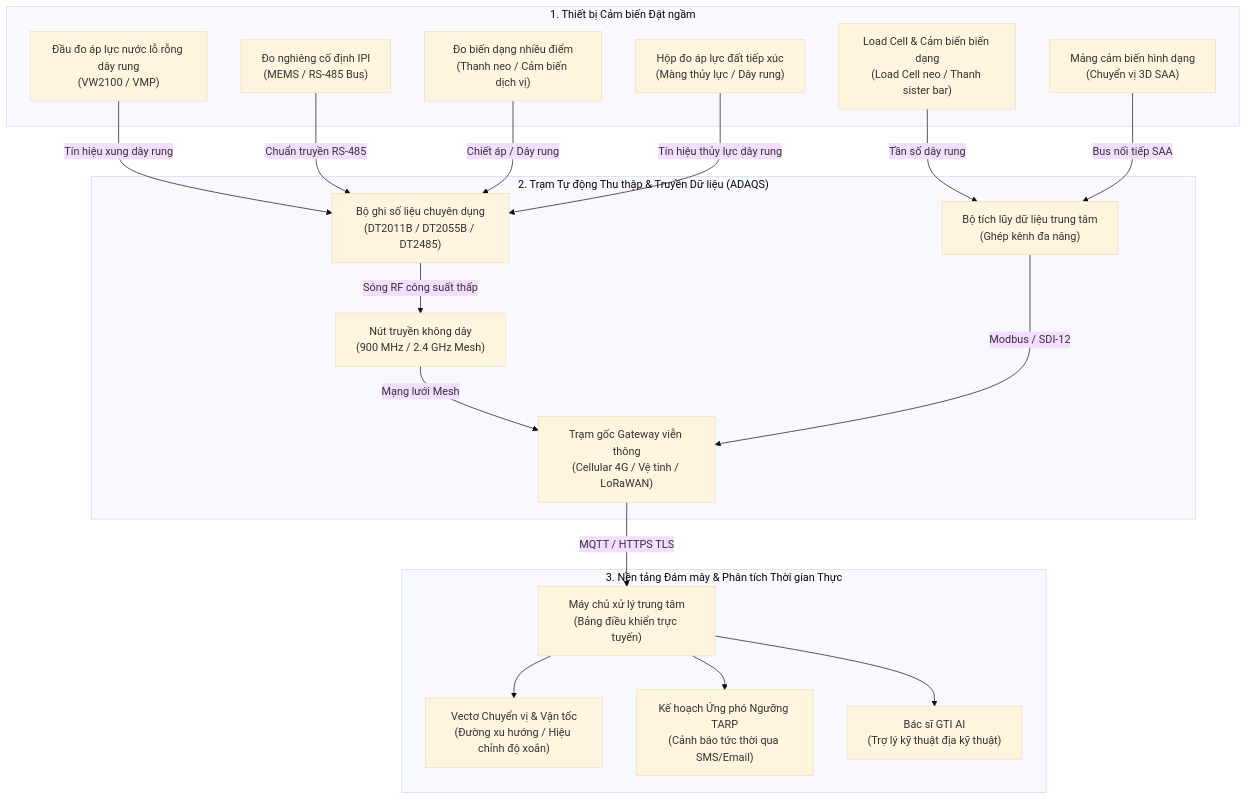
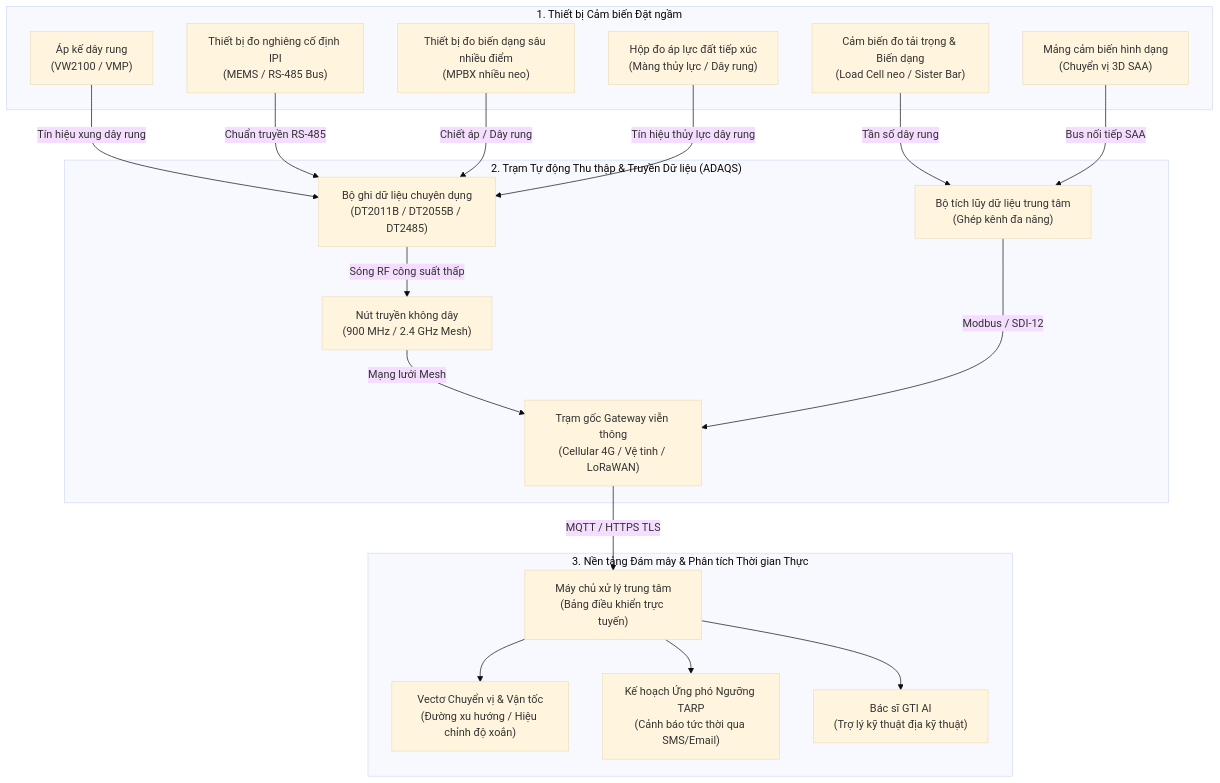
The diagram in docs/vi/visualizer.md (geoinst/geoinst.github.io), drawn with Mermaid (base theme) before and after one commit. The commit also changed other lines of this file and 21 other files, not shown here.

````diff
--- a/docs/vi/visualizer.md
+++ b/docs/vi/visualizer.md
@@ -477,41 +477,41 @@
 ```mermaid
 graph TD
     subgraph Subsurface_Sensors["1. Thiết bị Cảm biến Đặt ngầm"]
-        VWP["Đầu đo áp lực nước lỗ rỗng dây rung<br/>(VW2100 / VMP)"]
-        IPI["Đo nghiêng cố định IPI<br/>(MEMS / RS-485 Bus)"]
-        MPBX["Đo biến dạng nhiều điểm<br/>(Thanh neo / Cảm biến dịch vị)"]
-        LC["Load Cell & Cảm biến biến dạng<br/>(Load Cell neo / Thanh sister bar)"]
+        VWP["Áp kế dây rung<br/>(VW2100 / VMP)"]
+        IPI["Thiết bị đo nghiêng cố định IPI<br/>(MEMS / RS-485 Bus)"]
+        MPBX["Thiết bị đo biến dạng sâu nhiều điểm<br/>(MPBX nhiều neo)"]
+        LC["Cảm biến đo tải trọng & Biến dạng<br/>(Load Cell neo / Sister Bar)"]
         SAA["Mảng cảm biến hình dạng<br/>(Chuyển vị 3D SAA)"]
         EPC["Hộp đo áp lực đất tiếp xúc<br/>(Màng thủy lực / Dây rung)"]
     end
 
     subgraph Field_Logging_Telemetry["2. Trạm Tự động Thu thập & Truyền Dữ liệu (ADAQS)"]
-        DT["Bộ ghi số liệu chuyên dụng<br/>(DT2011B / DT2055B / DT2485)"]
+        DT["Bộ ghi dữ liệu chuyên dụng<br/>(DT2011B / DT2055B / DT2485)"]
         L900["Nút truyền không dây<br/>(900 MHz / 2.4 GHz Mesh)"]
         CR6["Bộ tích lũy dữ liệu trung tâm<br/>(Ghép kênh đa năng)"]
         HUB["Trạm gốc Gateway viễn thông<br/>(Cellular 4G / Vệ tinh / LoRaWAN)"]
     end
 
     subgraph Cloud_Intelligence["3. Nền tảng Đám mây & Phân tích Thời gian Thực"]
         GEO["Máy chủ xử lý trung tâm<br/>(Bảng điều khiển trực tuyến)"]
         CALC["Vectơ Chuyển vị & Vận tốc<br/>(Đường xu hướng / Hiệu chỉnh độ xoắn)"]
         TARP["Kế hoạch Ứng phó Ngưỡng TARP<br/>(Cảnh báo tức thời qua SMS/Email)"]
         GTI["Bác sĩ GTI AI<br/>(Trợ lý kỹ thuật địa kỹ thuật)"]
     end
 
     VWP -->|Tín hiệu xung dây rung| DT
     IPI -->|Chuẩn truyền RS-485| DT
     MPBX -->|Chiết áp / Dây rung| DT
     LC -->|Tần số dây rung| CR6
     SAA -->|Bus nối tiếp SAA| CR6
     EPC -->|Tín hiệu thủy lực dây rung| DT
 
     DT -->|Sóng RF công suất thấp| L900
     L900 -->|Mạng lưới Mesh| HUB
     CR6 -->|Modbus / SDI-12| HUB
     
     HUB -->|MQTT / HTTPS TLS| GEO
     GEO --> CALC
     GEO --> TARP
     GEO --> GTI
 ```
````
